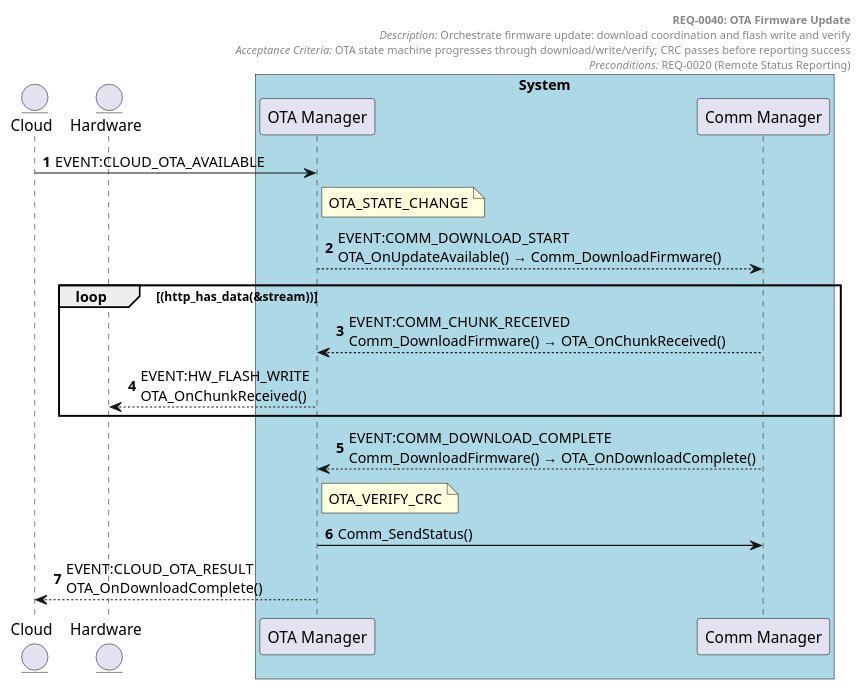
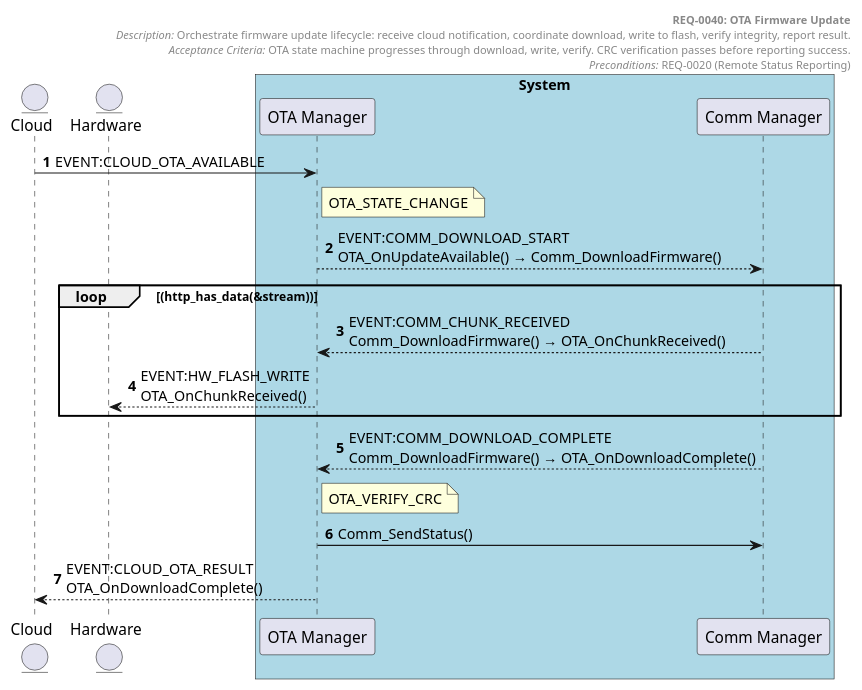
Before and after one commit to tvanfossen/doxygen-guard-example: the diagram in docs/generated/sequences/REQ-0040.puml, drawn with PlantUML. The commit also changed 19 other files, not shown here.

```diff
--- a/docs/generated/sequences/REQ-0040.puml
+++ b/docs/generated/sequences/REQ-0040.puml
@@ -1,32 +1,32 @@
 @startuml REQ-0040 OTA Firmware Update
 autonumber
 
 entity "Cloud" as Cloud
 entity "Hardware" as Hardware
 
 box "System" #LightBlue
   participant "OTA Manager" as OTA_Manager
   participant "Comm Manager" as Comm_Manager
 end box
 
 header
   **REQ-0040: OTA Firmware Update**
-  //Description:// Orchestrate firmware update: download coordination and flash write and verify
-  //Acceptance Criteria:// OTA state machine progresses through download/write/verify; CRC passes before reporting success
+  //Description:// Orchestrate firmware update lifecycle: receive cloud notification, coordinate download, write to flash, verify integrity, report result.
+  //Acceptance Criteria:// OTA state machine progresses through download, write, verify. CRC verification passes before reporting success.
   //Preconditions:// REQ-0020 (Remote Status Reporting)
 end header
 
 
 Cloud -> OTA_Manager: EVENT:CLOUD_OTA_AVAILABLE
 note right of OTA_Manager: OTA_STATE_CHANGE
 OTA_Manager --> Comm_Manager: EVENT:COMM_DOWNLOAD_START\nOTA_OnUpdateAvailable() → Comm_DownloadFirmware()
 loop (http_has_data(&stream))
 Comm_Manager --> OTA_Manager: EVENT:COMM_CHUNK_RECEIVED\nComm_DownloadFirmware() → OTA_OnChunkReceived()
 OTA_Manager --> Hardware: EVENT:HW_FLASH_WRITE\nOTA_OnChunkReceived()
 end loop
 Comm_Manager --> OTA_Manager: EVENT:COMM_DOWNLOAD_COMPLETE\nComm_DownloadFirmware() → OTA_OnDownloadComplete()
 note right of OTA_Manager: OTA_VERIFY_CRC
 OTA_Manager -> Comm_Manager: Comm_SendStatus()
 OTA_Manager --> Cloud: EVENT:CLOUD_OTA_RESULT\nOTA_OnDownloadComplete()
 
 @enduml
```
